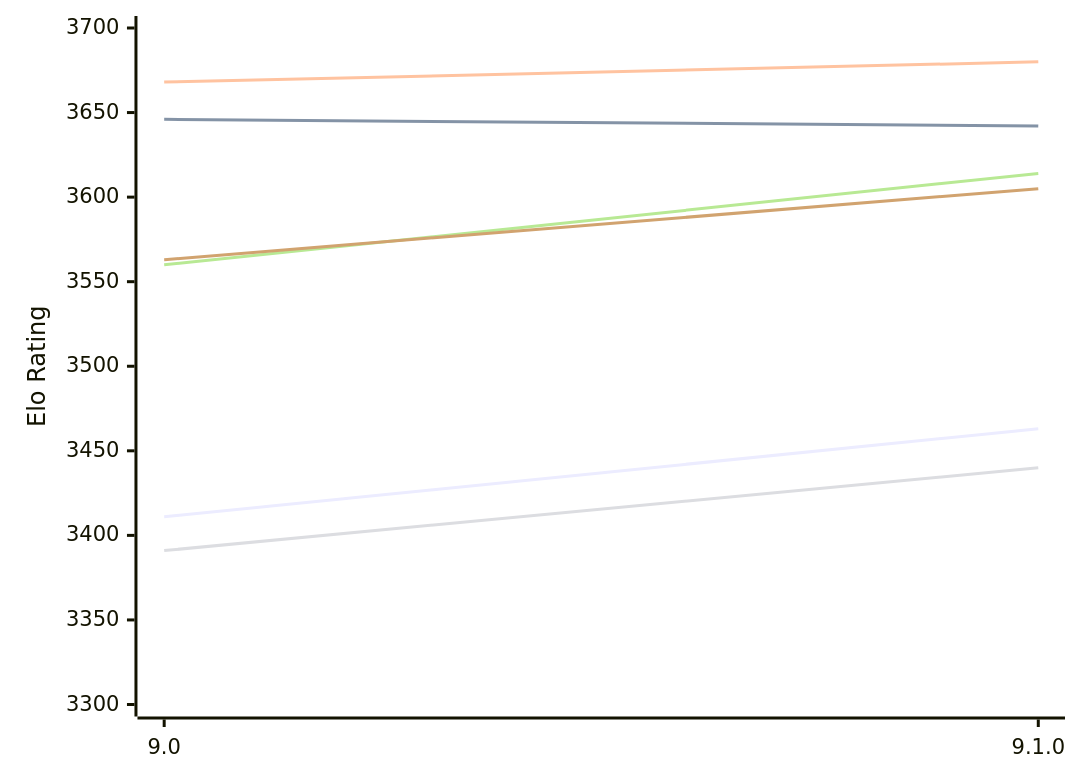
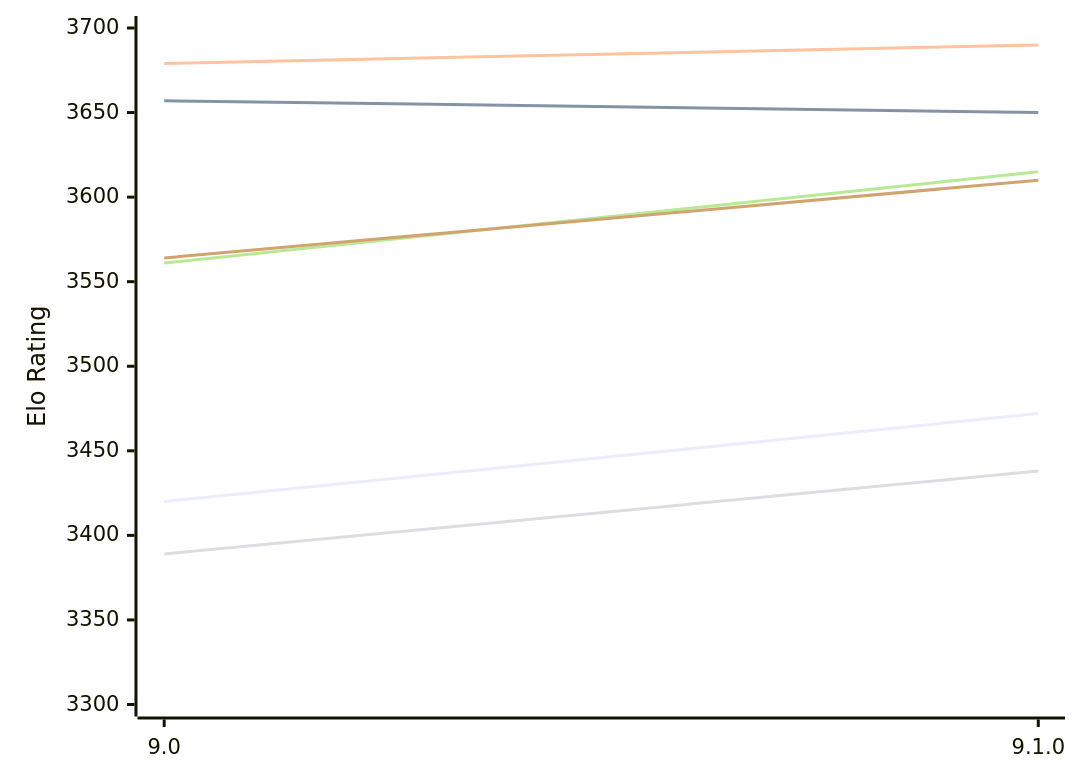
Before and after one commit to computer-chess-index/cci: the first of 2 diagrams in engines/Alexandria.md, drawn with Mermaid. The commit also changed other lines of this file, not shown here.

Commit message:
Update CCI Ratings (ELO VLTC) - 2026-11-16

````diff
--- a/engines/Alexandria.md
+++ b/engines/Alexandria.md
@@ -54,12 +54,12 @@
 ```mermaid
 %%{init: {"theme":"base","themeVariables":{"seriesColors:['#a3a3a3','#222221','#faa371']}}}%%
 xychart-beta
   x-axis ["9.0", "9.1.0"]
   y-axis "Elo Rating" 3300 --> 3700
-  line "E1: STC (8.0+0.08s)" [3411, 3463]
-  line "E1: LTC (60.0+0.60s)" [3646, 3642]
-  line "E1: VLTC (2m24s+1.12s)" [3668, 3680]
-  line "P1: STC (8.0+0.08s)" [3391, 3440]
-  line "P1: LTC (60.0+0.60s)" [3560, 3614]
-  line "P1: VLTC (2m24s+1.12s)" [3563, 3605]
+  line "E1: STC (8.0+0.08s)" [3420, 3472]
+  line "E1: LTC (60.0+0.60s)" [3657, 3650]
+  line "E1: VLTC (2m24s+1.12s)" [3679, 3690]
+  line "P1: STC (8.0+0.08s)" [3389, 3438]
+  line "P1: LTC (60.0+0.60s)" [3561, 3615]
+  line "P1: VLTC (2m24s+1.12s)" [3564, 3610]
 ```
````
